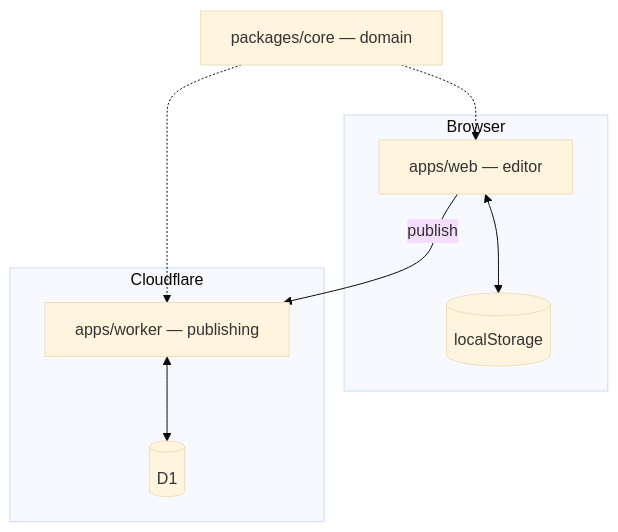
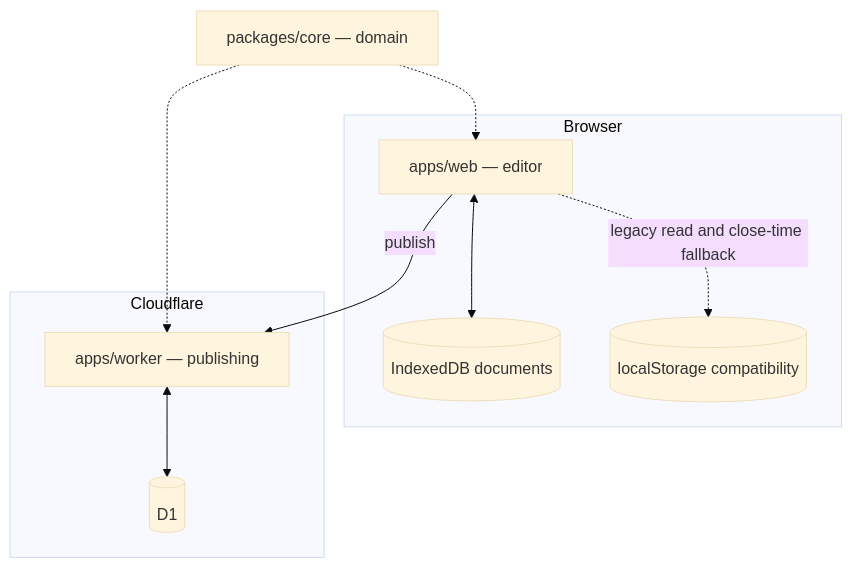
The second of 5 diagrams in docs/development/explanation/architecture.md (LasVegasForTransit/transit-mapper), drawn with Mermaid (base theme) before and after one commit. The commit also changed other lines of this file and 60 other files, not shown here.

````diff
--- a/docs/development/explanation/architecture.md
+++ b/docs/development/explanation/architecture.md
@@ -195,17 +199,19 @@
 ```mermaid
 flowchart TD
   subgraph browser [Browser]
     web["apps/web — editor"]
-    ls[("localStorage")]
+    idb[("IndexedDB documents")]
+    ls[("localStorage compatibility")]
   end
   subgraph edge [Cloudflare]
     worker["apps/worker — publishing"]
     d1[("D1")]
   end
   core["packages/core — domain"]
-  web <--> ls
+  web <--> idb
+  web -. legacy read and close-time fallback .-> ls
   worker <--> d1
   web -- publish --> worker
   core -.-> web
   core -.-> worker
 ```
````
